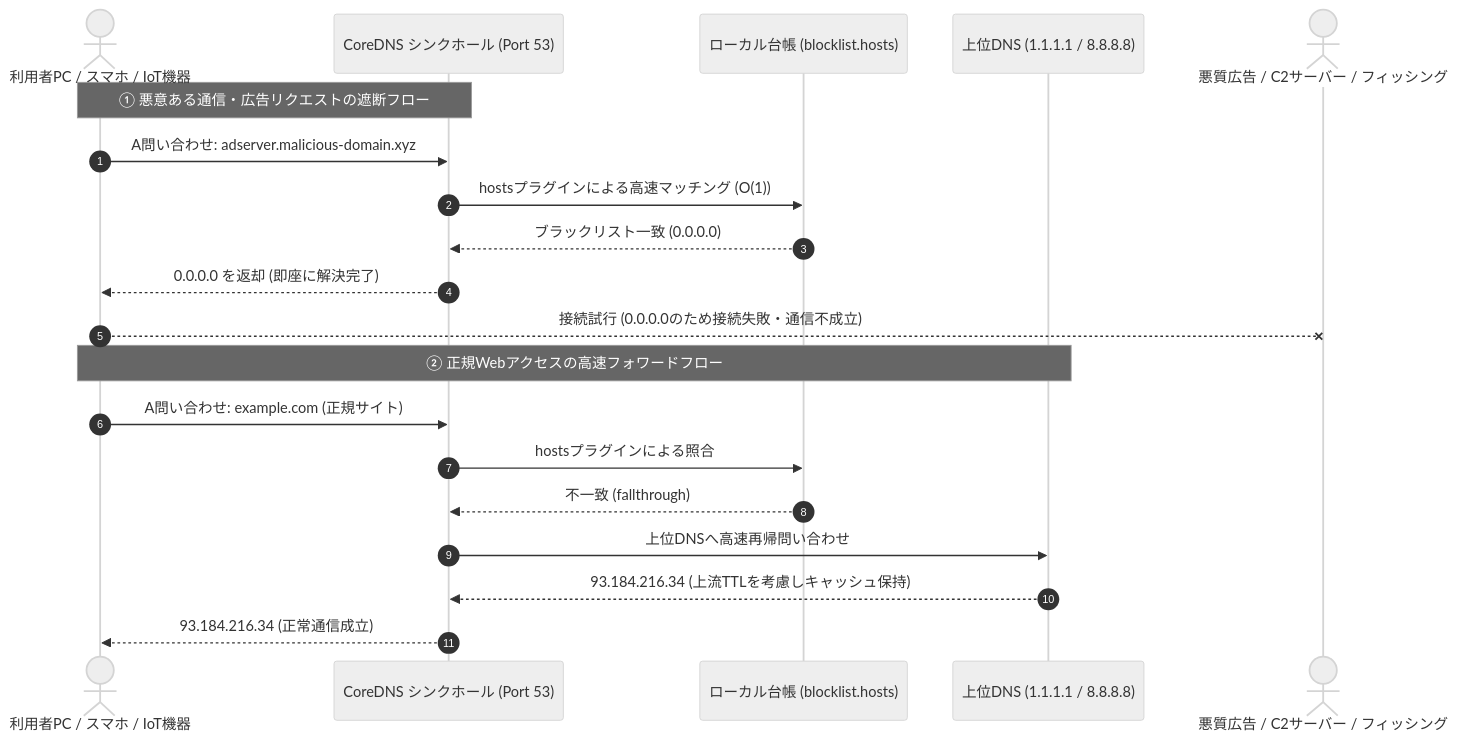
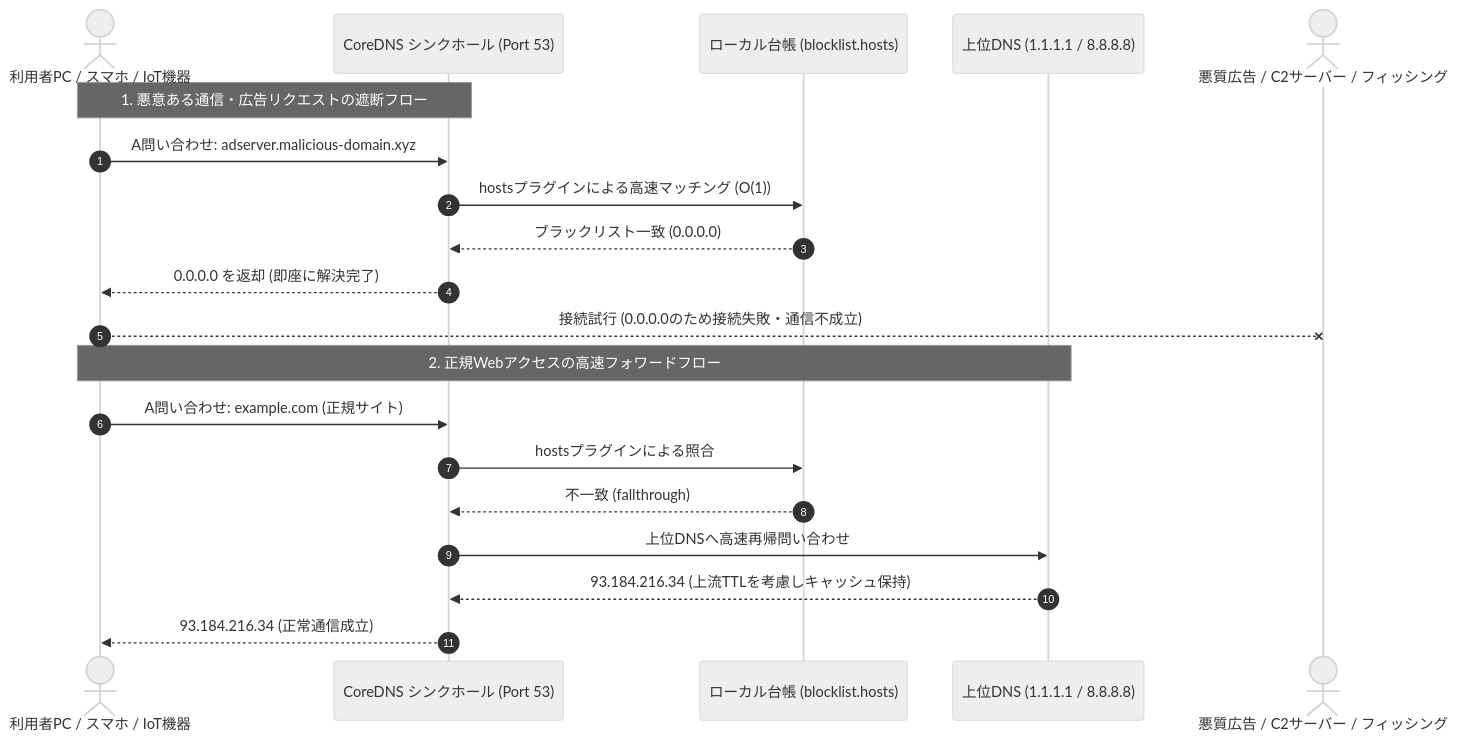
Before and after one commit to ojisantech/ojisan-arsenal: the second of 2 diagrams in QIITA_ARTICLE_DETAIL_59.md, drawn with Mermaid (neutral theme). The commit also changed other lines of this file, not shown here.

````diff
--- a/QIITA_ARTICLE_DETAIL_59.md
+++ b/QIITA_ARTICLE_DETAIL_59.md
@@ -68,25 +68,25 @@
 ```mermaid
 sequenceDiagram
     %% (Source: https://github.com/ojisantech/)
     autonumber
     actor User as 利用者PC / スマホ / IoT機器
     participant CoreDNS as CoreDNS シンクホール (Port 53)
     participant List as ローカル台帳 (blocklist.hosts)
     participant Upstream as 上位DNS (1.1.1.1 / 8.8.8.8)
     actor Attacker as 悪質広告 / C2サーバー / フィッシング
 
-    Note over User, CoreDNS: ① 悪意ある通信・広告リクエストの遮断フロー
+    Note over User, CoreDNS: 1. 悪意ある通信・広告リクエストの遮断フロー
     User->>CoreDNS: A問い合わせ: adserver.malicious-domain.xyz
     CoreDNS->>List: hostsプラグインによる高速マッチング (O(1))
     List-->>CoreDNS: ブラックリスト一致 (0.0.0.0)
     CoreDNS-->>User: 0.0.0.0 を返却 (即座に解決完了)
     User--xAttacker: 接続試行 (0.0.0.0のため接続失敗・通信不成立)
 
-    Note over User, Upstream: ② 正規Webアクセスの高速フォワードフロー
+    Note over User, Upstream: 2. 正規Webアクセスの高速フォワードフロー
     User->>CoreDNS: A問い合わせ: example.com (正規サイト)
     CoreDNS->>List: hostsプラグインによる照合
     List-->>CoreDNS: 不一致 (fallthrough)
     CoreDNS->>Upstream: 上位DNSへ高速再帰問い合わせ
     Upstream-->>CoreDNS: 93.184.216.34 (上流TTLを考慮しキャッシュ保持)
     CoreDNS-->>User: 93.184.216.34 (正常通信成立)
 ```
````
